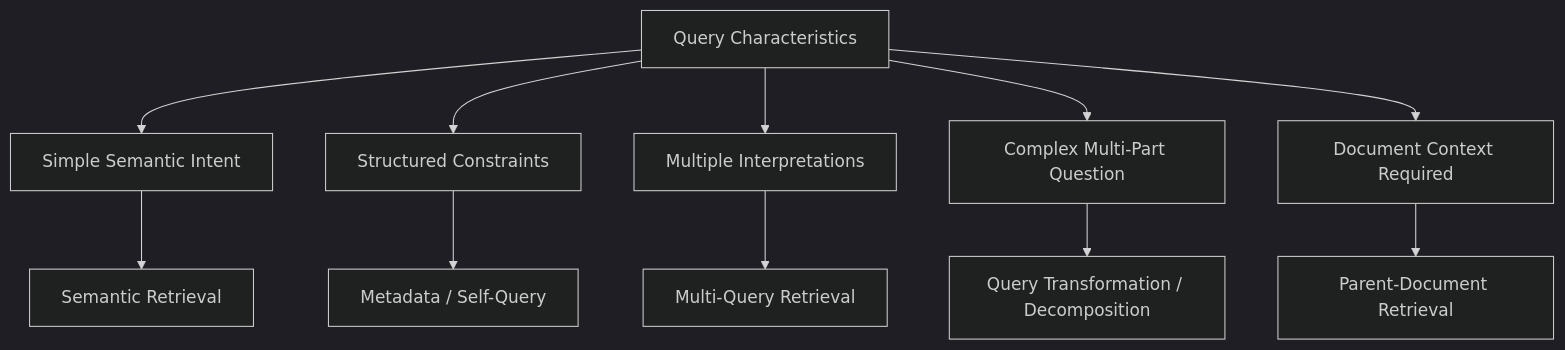
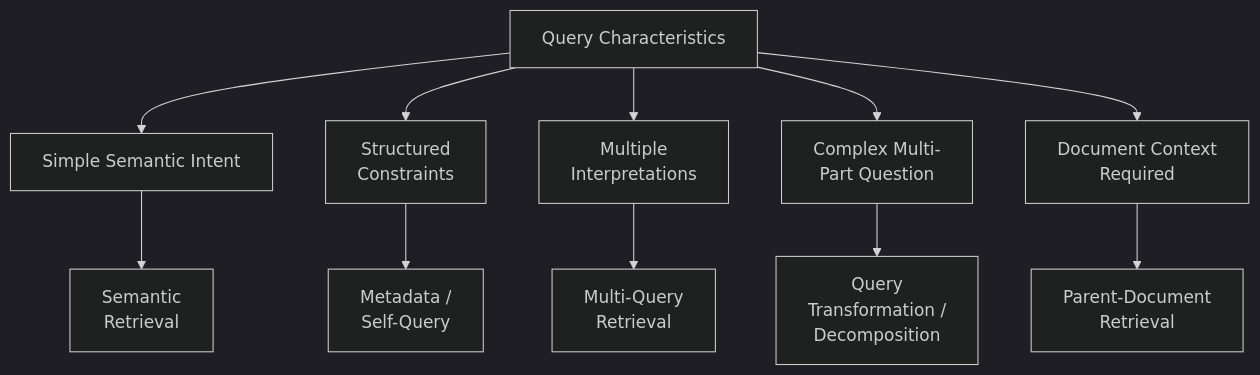
One commit to MihirKJha/enterprise-ai-blog changed the third of 5 diagrams in docs/architecture-insights/genai-and-rag/2.5-architecting-retriever-selection-an-enterprise-decision-framework.md. Above: the diagram before and after it, drawn with Mermaid (dark theme). The commit also changed other lines of this file and 1 other file, not shown here.

````diff
--- a/docs/architecture-insights/genai-and-rag/2.5-architecting-retriever-selection-an-enterprise-decision-framework.md
+++ b/docs/architecture-insights/genai-and-rag/2.5-architecting-retriever-selection-an-enterprise-decision-framework.md
@@ -396,14 +396,14 @@
 ```mermaid
 graph TD
     Q[Query Characteristics] --> A[Simple Semantic Intent]
-    Q --> B[Structured Constraints]
-    Q --> C[Multiple Interpretations]
-    Q --> D[Complex Multi-Part Question]
-    Q --> E[Document Context Required]
+    Q --> B[Structured<br/>Constraints]
+    Q --> C[Multiple<br/>Interpretations]
+    Q --> D[Complex Multi-<br/>Part Question]
+    Q --> E[Document Context<br/>Required]
 
-    A --> R1[Semantic Retrieval]
-    B --> R2[Metadata / Self-Query]
-    C --> R3[Multi-Query Retrieval]
-    D --> R4[Query Transformation / Decomposition]
-    E --> R5[Parent-Document Retrieval]
+    A --> R1[Semantic<br/>Retrieval]
+    B --> R2[Metadata /<br/>Self-Query]
+    C --> R3[Multi-Query<br/>Retrieval]
+    D --> R4[Query <br/>Transformation /<br/>Decomposition]
+    E --> R5[Parent-Document<br/>Retrieval]
 ```
````
